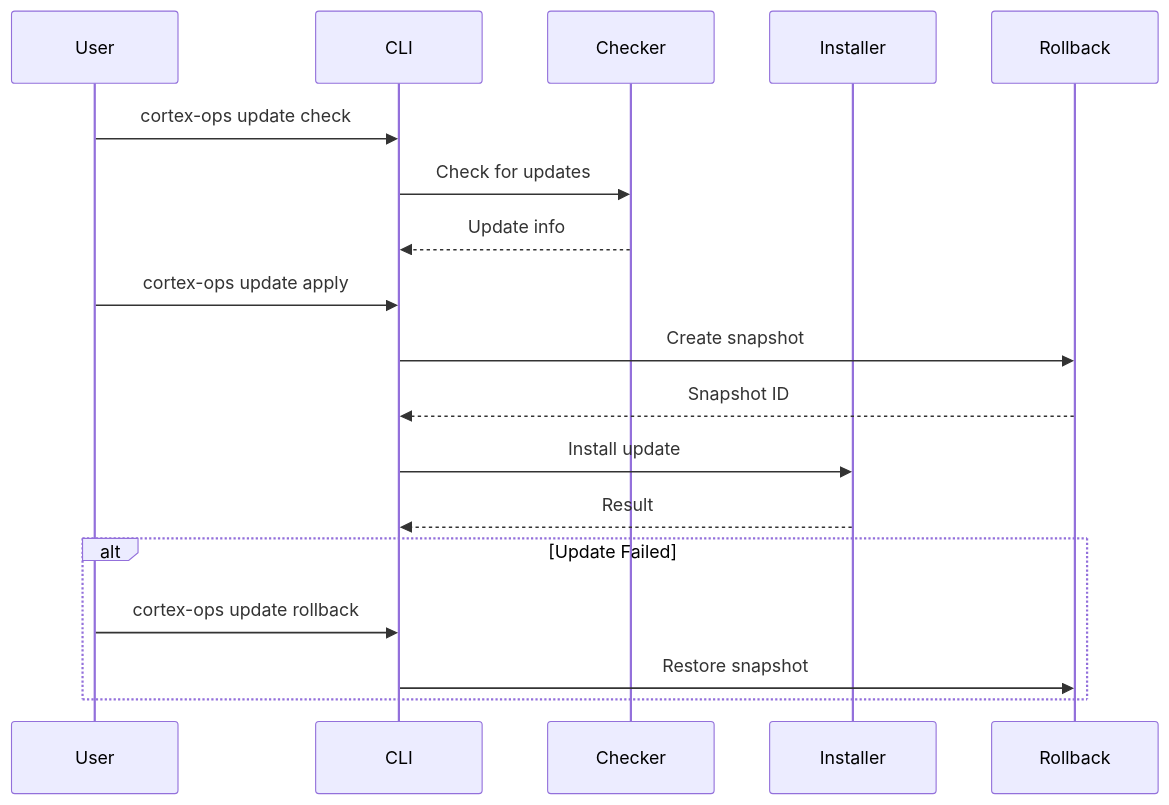
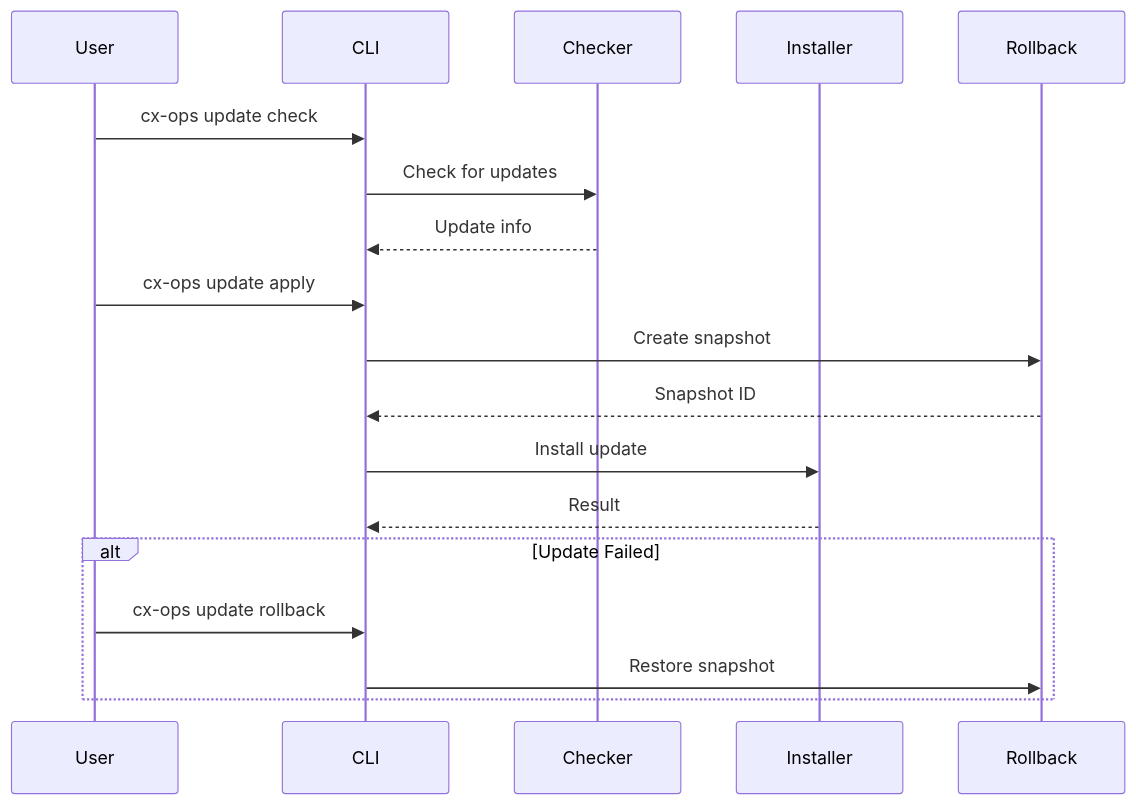
Before and after one commit to cxlinux-ai/cx-web: the second of 3 diagrams in docs/docs/architecture/cortex-ops.md, drawn with Mermaid. The commit also changed other lines of this file and 21 other files, not shown here.

````diff
--- a/docs/docs/architecture/cortex-ops.md
+++ b/docs/docs/architecture/cortex-ops.md
@@ -186,23 +186,23 @@
 ```mermaid
 sequenceDiagram
     participant User
     participant CLI
     participant Checker
     participant Installer
     participant Rollback
 
-    User->>CLI: cortex-ops update check
+    User->>CLI: cx-ops update check
     CLI->>Checker: Check for updates
     Checker-->>CLI: Update info
 
-    User->>CLI: cortex-ops update apply
+    User->>CLI: cx-ops update apply
     CLI->>Rollback: Create snapshot
     Rollback-->>CLI: Snapshot ID
     CLI->>Installer: Install update
     Installer-->>CLI: Result
 
     alt Update Failed
-        User->>CLI: cortex-ops update rollback
+        User->>CLI: cx-ops update rollback
         CLI->>Rollback: Restore snapshot
     end
 ```
````
